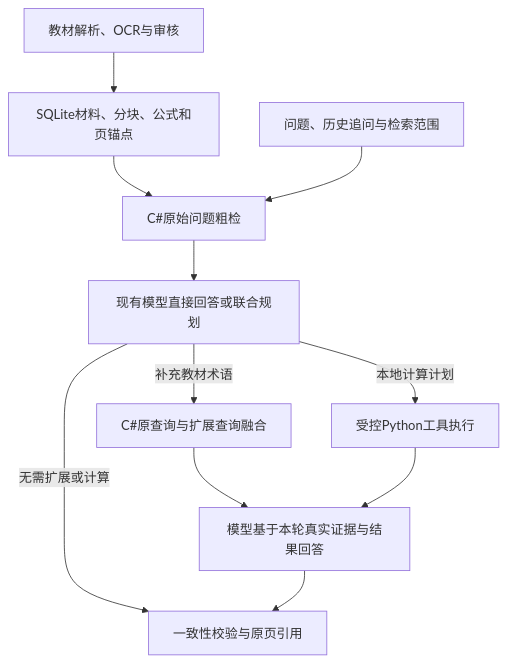
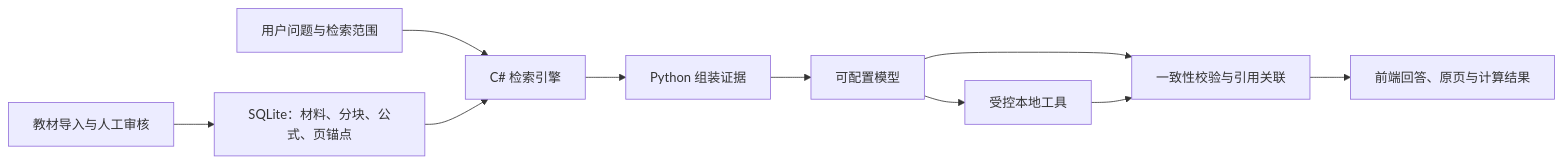
One commit to LizhToGo/Q-and-A-System changed the diagram in README.md. Above: the diagram before and after it, drawn with Mermaid. The commit also changed other lines of this file, not shown here.

````diff
--- a/README.md
+++ b/README.md
@@ -354,13 +19,12 @@
 ```mermaid
-flowchart TD
-    A[教材解析、OCR与审核] --> B[SQLite材料、分块、公式和页锚点]
-    B --> C[C#原始问题粗检]
-    Q[问题、历史追问与检索范围] --> C
-    C --> P[现有模型直接回答或联合规划]
-    P -->|无需扩展或计算| F[一致性校验与原页引用]
-    P -->|补充教材术语| R[C#原查询与扩展查询融合]
-    P -->|本地计算计划| T[受控Python工具执行]
-    R --> E[模型基于本轮真实证据与结果回答]
-    T --> E
-    E --> F
+flowchart LR
+    A[教材导入与人工审核] --> B[SQLite：材料、分块、公式、页锚点]
+    Q[用户问题与检索范围] --> C[C# 检索引擎]
+    B --> C
+    C --> D[Python 组装证据]
+    D --> E[可配置模型]
+    E --> F[受控本地工具]
+    E --> G[一致性校验与引用关联]
+    F --> G
+    G --> H[前端回答、原页与计算结果]
 ```
````
